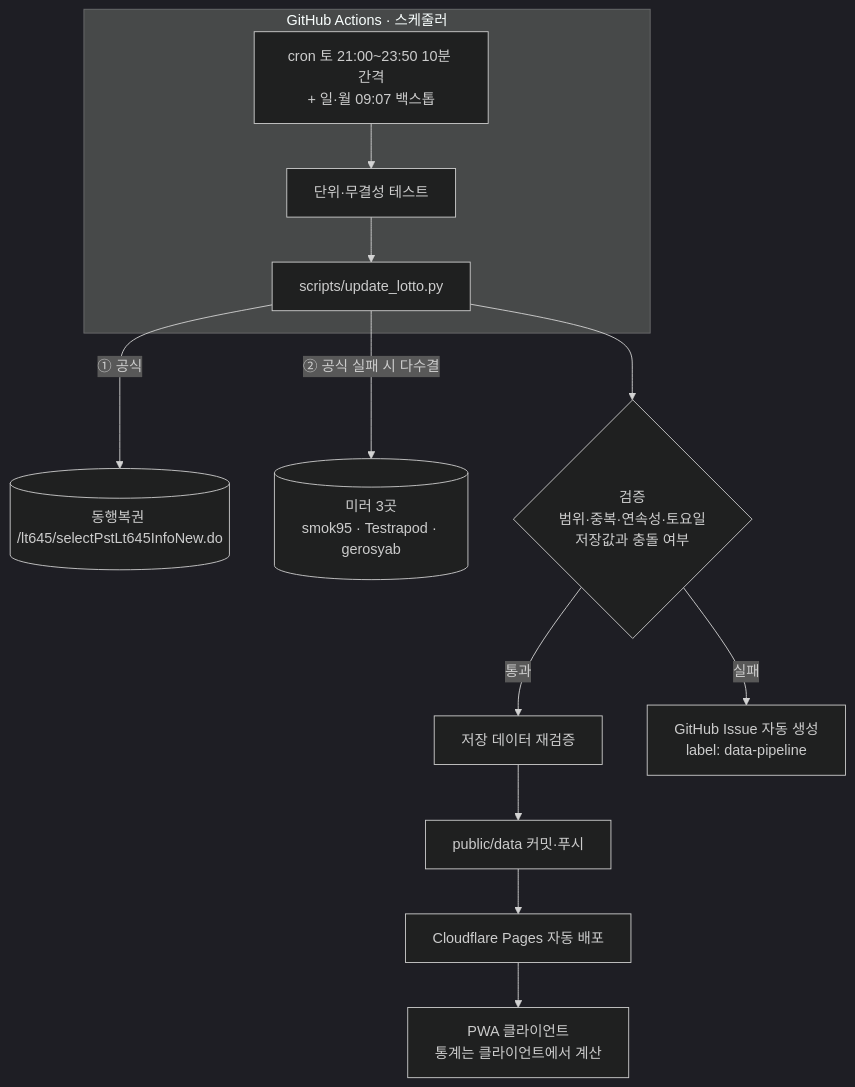
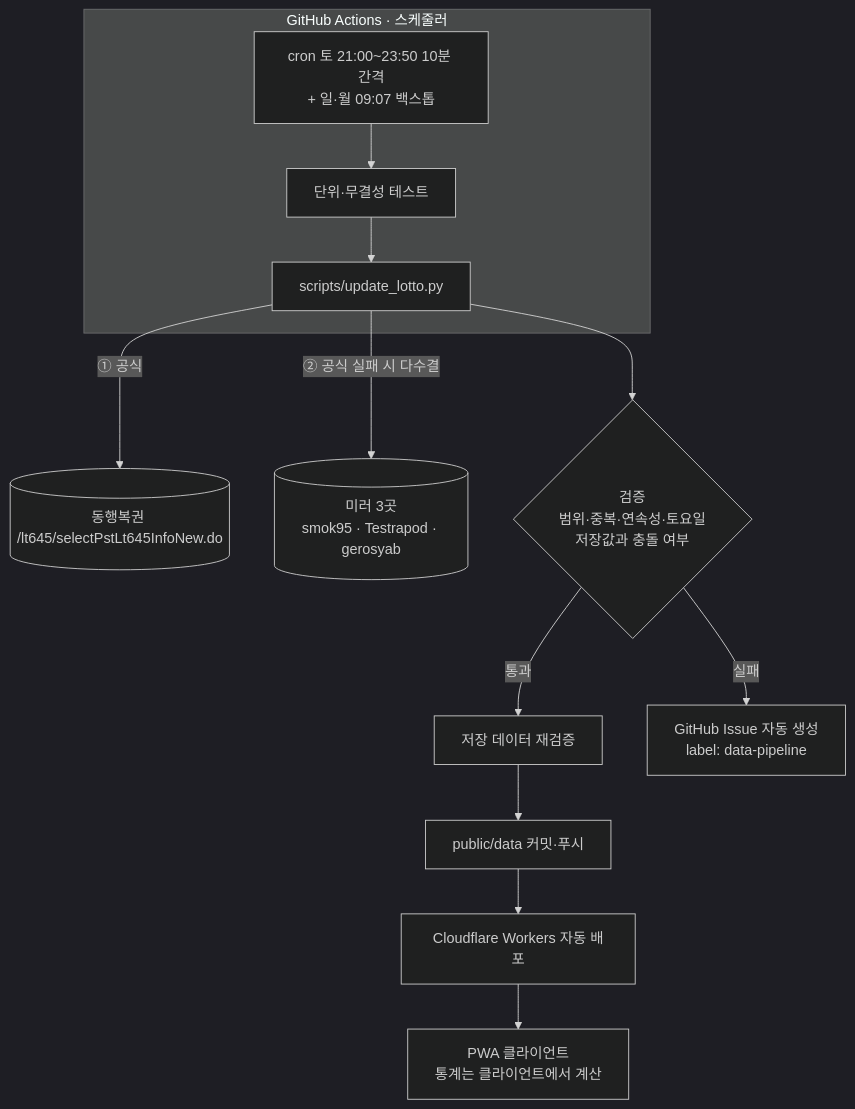
One commit to taezzixo/lotto changed the second of 3 diagrams in docs/PRD.md. Above: the diagram before and after it, drawn with Mermaid (dark theme). The commit also changed other lines of this file and 1 other file, not shown here.

First line of the commit message:
docs: PRD v2.2 구현 일치(jsQR·deploy.yml·Workers), 노션 업로드 기록

````diff
--- a/docs/PRD.md
+++ b/docs/PRD.md
@@ -347,12 +347,12 @@
 ```mermaid
 flowchart TB
     subgraph GH[GitHub Actions · 스케줄러]
       CRON[cron 토 21:00~23:50 10분 간격<br/>+ 일·월 09:07 백스톱] --> TEST[단위·무결성 테스트] --> ETL[scripts/update_lotto.py]
     end
     ETL -- ① 공식 --> DH[(동행복권 /lt645/selectPstLt645InfoNew.do)]
     ETL -- ② 공식 실패 시 다수결 --> MIR[(미러 3곳<br/>smok95 · Testrapod · gerosyab)]
     ETL --> VAL{검증<br/>범위·중복·연속성·토요일<br/>저장값과 충돌 여부}
-    VAL -- 통과 --> RECHK[저장 데이터 재검증] --> COMMIT[public/data 커밋·푸시] --> CF[Cloudflare Pages 자동 배포]
+    VAL -- 통과 --> RECHK[저장 데이터 재검증] --> COMMIT[public/data 커밋·푸시] --> CF[Cloudflare Workers 자동 배포]
     VAL -- 실패 --> ISSUE[GitHub Issue 자동 생성<br/>label: data-pipeline]
     CF --> APP[PWA 클라이언트<br/>통계는 클라이언트에서 계산]
 ```
````
